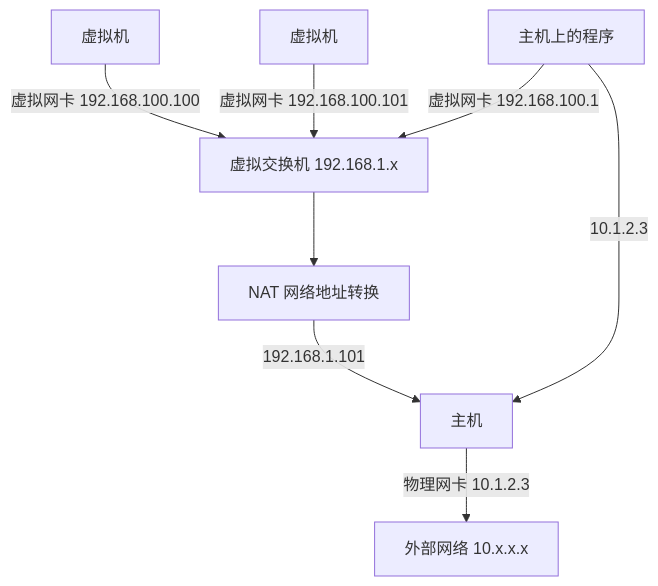
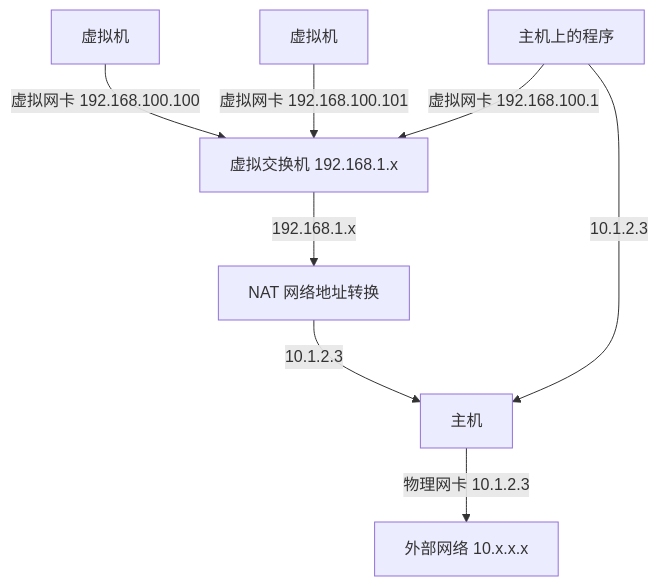
One commit to ustclug/Linux101-docs changed the third of 4 diagrams in docs/Ch01/supplement.md. Above: the diagram before and after it, drawn with Mermaid. The commit also changed other lines of this file, not shown here.

````diff
--- a/docs/Ch01/supplement.md
+++ b/docs/Ch01/supplement.md
@@ -576,10 +223,10 @@
 ```mermaid
 flowchart TD
     VM1[虚拟机] -->|虚拟网卡 192.168.100.100| SW[虚拟交换机 192.168.1.x]
     VM2[虚拟机] -->|虚拟网卡 192.168.100.101| SW
-    SW --> NAT[NAT 网络地址转换]
-    NAT -->|192.168.1.101| HS
+    SW -->|192.168.1.x| NAT[NAT 网络地址转换]
+    NAT -->|10.1.2.3| HS
     HSP[主机上的程序] -->|10.1.2.3| HS
     HSP -->|虚拟网卡 192.168.100.1| SW
     HS[主机] -->|物理网卡 10.1.2.3| IN[外部网络 10.x.x.x]
 ```
````
